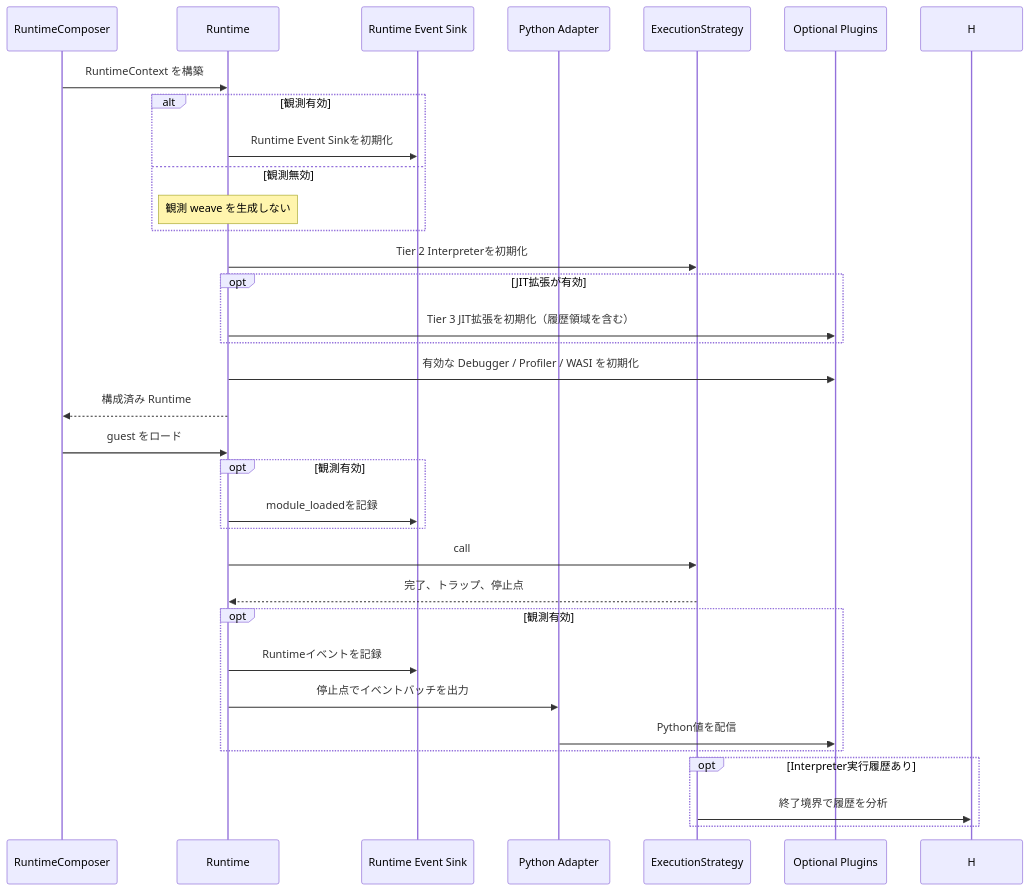
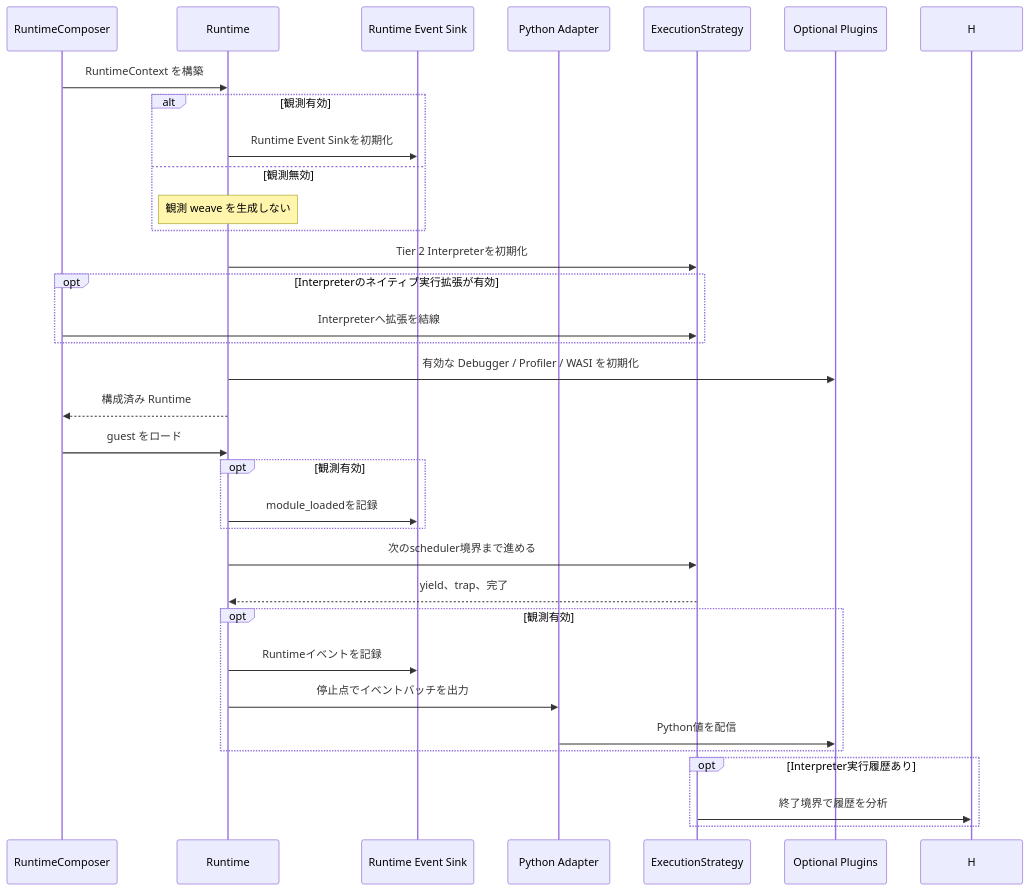
Before and after one commit to kmt-t/fireball: the second of 2 diagrams in docs/components/tier2_runtime/runtime_plugin_architecture.md, drawn with Mermaid. The commit also changed other lines of this file and 84 other files, not shown here.

````diff
--- a/docs/components/tier2_runtime/runtime_plugin_architecture.md
+++ b/docs/components/tier2_runtime/runtime_plugin_architecture.md
@@ -90,35 +89,35 @@
 ```mermaid
 sequenceDiagram
     participant C as RuntimeComposer
     participant R as Runtime
     participant O as Runtime Event Sink
     participant A as Python Adapter
     participant E as ExecutionStrategy
     participant P as Optional Plugins
     C->>R: RuntimeContext を構築
     alt 観測有効
         R->>O: Runtime Event Sinkを初期化
     else 観測無効
         Note over R: 観測 weave を生成しない
     end
     R->>E: Tier 2 Interpreterを初期化
-    opt JIT拡張が有効
-        R->>P: Tier 3 JIT拡張を初期化（履歴領域を含む）
+    opt Interpreterのネイティブ実行拡張が有効
+        C->>E: Interpreterへ拡張を結線
     end
     R->>P: 有効な Debugger / Profiler / WASI を初期化
     R-->>C: 構成済み Runtime
     C->>R: guest をロード
     opt 観測有効
         R->>O: module_loadedを記録
     end
-    R->>E: call
-    E-->>R: 完了、トラップ、停止点
+    R->>E: 次のscheduler境界まで進める
+    E-->>R: yield、trap、完了
     opt 観測有効
         R->>O: Runtimeイベントを記録
         R->>A: 停止点でイベントバッチを出力
         A->>P: Python値を配信
     end
     opt Interpreter実行履歴あり
         E->>H: 終了境界で履歴を分析
     end
 ```
````
